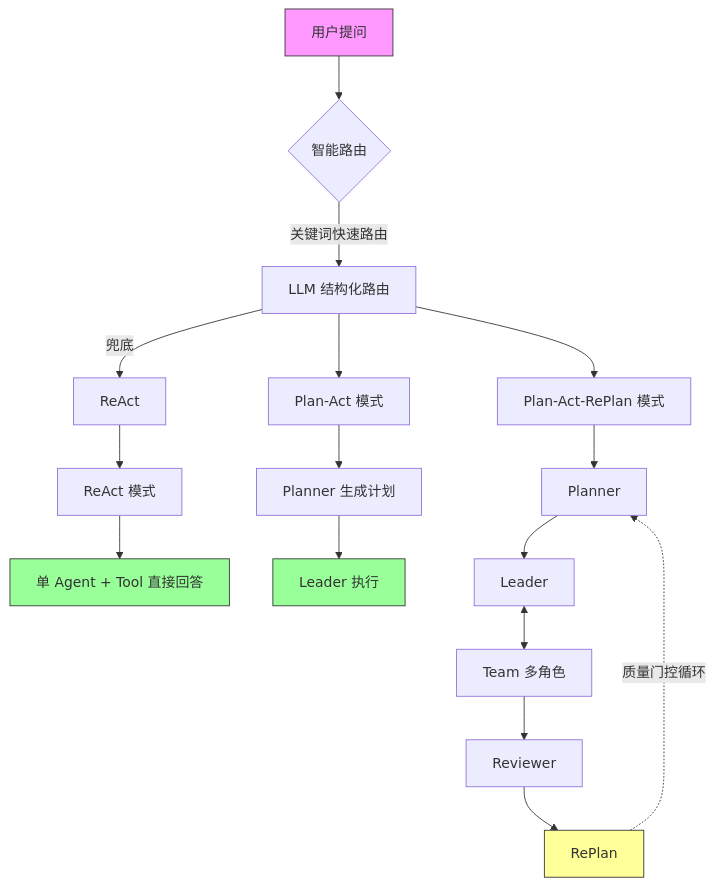
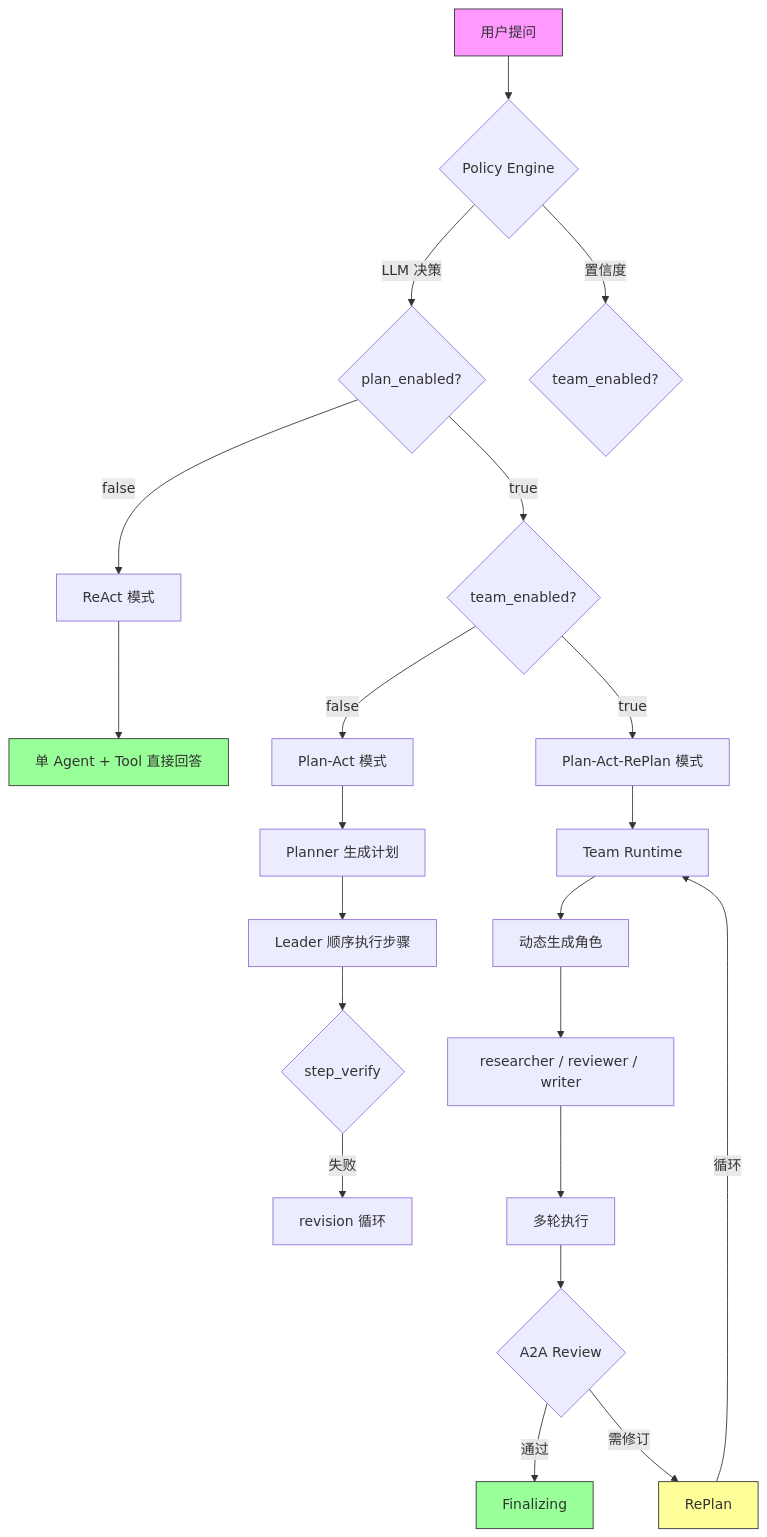
One commit to 0verL1nk/PaperSage changed the first of 3 diagrams in README.md. Above: the diagram before and after it, drawn with Mermaid. The commit also changed other lines of this file and 9 other files, not shown here.

````diff
--- a/README.md
+++ b/README.md
@@ -84,27 +84,31 @@
 ```mermaid
 flowchart TD
-    A[用户提问] --> B{智能路由}
+    A[用户提问] --> B{Policy Engine}
+    B -->|LLM 决策| C{plan_enabled?}
+    B -->|置信度| D{team_enabled?}
     
-    B -->|关键词快速路由| C[LLM 结构化路由]
-    C -->|兜底| D[ReAct]
-    
-    D --> E[ReAct 模式]
+    C -->|false| E[ReAct 模式]
     E --> F[单 Agent + Tool 直接回答]
     
-    C --> G[Plan-Act 模式]
-    G --> H[Planner 生成计划]
-    H --> I[Leader 执行]
+    C -->|true| G{team_enabled?}
+    G -->|false| H[Plan-Act 模式]
+    H --> I[Planner 生成计划]
+    I --> J[Leader 顺序执行步骤]
+    J --> K{step_verify}
+    K -->|失败| L[revision 循环]
     
-    C --> J[Plan-Act-RePlan 模式]
-    J --> K[Planner]
-    K --> L[Leader]
-    L <--> M[Team 多角色]
-    M --> N[Reviewer]
-    N --> O[RePlan]
-    O -.->|质量门控循环| K
+    G -->|true| M[Plan-Act-RePlan 模式]
+    M --> N[Team Runtime]
+    N --> O[动态生成角色]
+    O --> P[researcher / reviewer / writer]
+    P --> Q[多轮执行]
+    Q --> R{A2A Review}
+    R -->|通过| S[Finalizing]
+    R -->|需修订| T[RePlan]
+    T -->|循环| N
     
     style A fill:#f9f,stroke:#333
     style F fill:#9f9,stroke:#333
-    style I fill:#9f9,stroke:#333
-    style O fill:#ff9,stroke:#333
+    style S fill:#9f9,stroke:#333
+    style T fill:#ff9,stroke:#333
 ```
````
